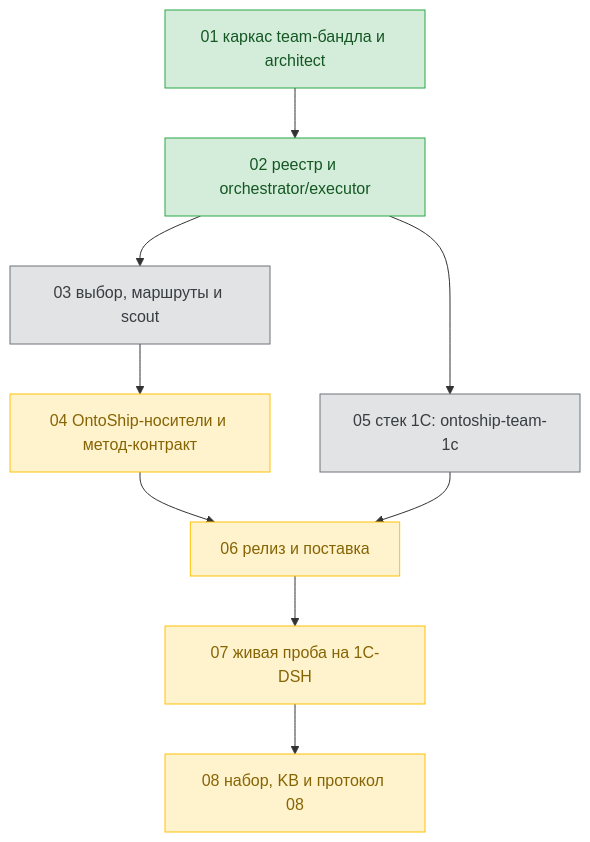
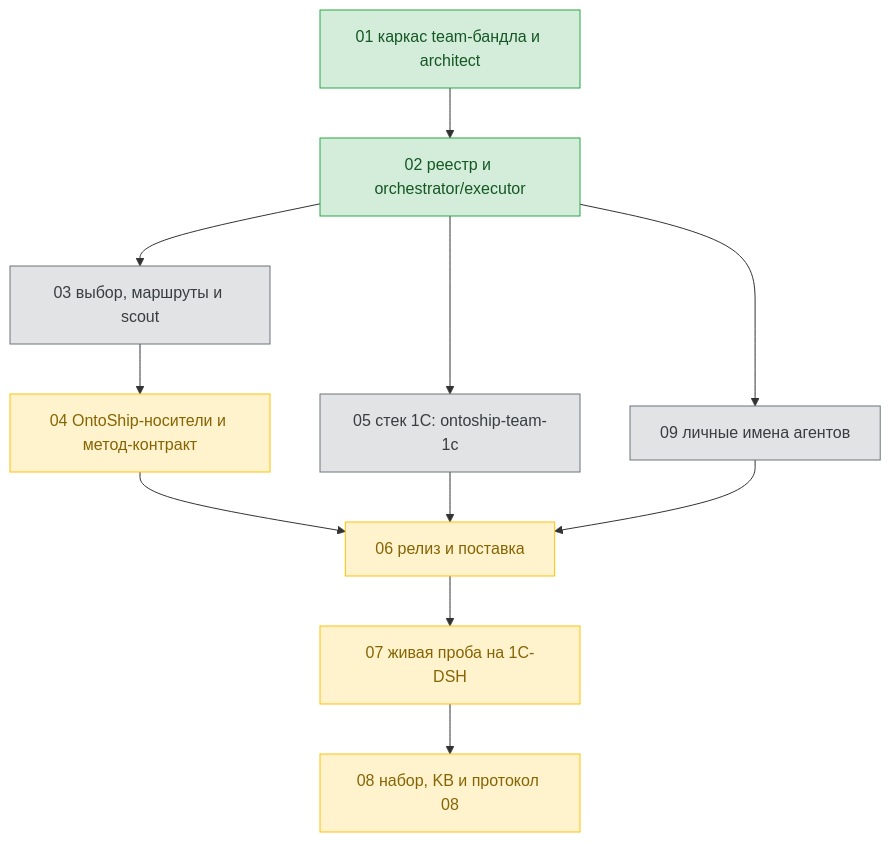
One commit to ntin60775/ontoship-ntin changed the diagram in tickets/team-profiles/dag.md. Above: the diagram before and after it, drawn with Mermaid. The commit also changed other lines of this file and 4 other files, not shown here.

Commit message:
docs(team-profiles): тикет 09 принят — личные имена агентов, решение 18 и ревизия спеки, виды и состояние

````diff
--- a/tickets/team-profiles/dag.md
+++ b/tickets/team-profiles/dag.md
@@ -11,29 +11,32 @@
 ```mermaid
 flowchart TD
   T01["01 каркас team-бандла и architect"]
   T02["02 реестр и orchestrator/executor"]
   T03["03 выбор, маршруты и scout"]
   T04["04 OntoShip-носители и метод-контракт"]
   T05["05 стек 1C: ontoship-team-1c"]
   T06["06 релиз и поставка"]
   T07["07 живая проба на 1C-DSH"]
   T08["08 набор, KB и протокол 08"]
+  T09["09 личные имена агентов"]
 
   T01 --> T02
   T02 --> T03
   T02 --> T05
+  T02 --> T09
   T03 --> T04
   T04 --> T06
   T05 --> T06
+  T09 --> T06
   T06 --> T07
   T07 --> T08
 
   classDef done fill:#d4edda,stroke:#28a745,color:#155724;
   classDef running fill:#cce5ff,stroke:#007bff,color:#004085;
   classDef pending fill:#e2e3e5,stroke:#6c757d,color:#383d41;
   classDef waiting fill:#fff3cd,stroke:#ffc107,color:#856404;
 
   class T01,T02 done;
-  class T03,T05 pending;
+  class T03,T05,T09 pending;
   class T04,T06,T07,T08 waiting;
 ```
````
